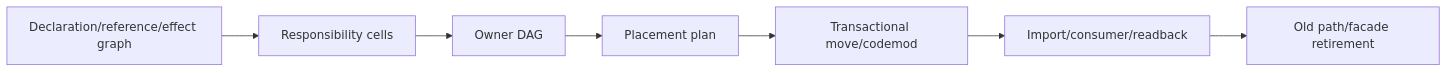
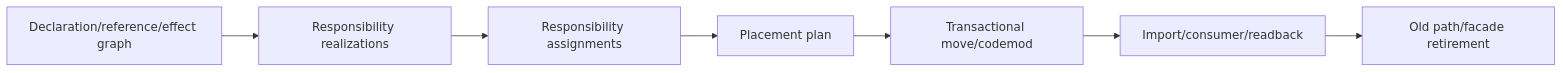
One commit to sec-platform/sec changed the third of 4 diagrams in docs/engineering-constitution/proof-and-evolution.md. Above: the diagram before and after it, drawn with Mermaid. The commit also changed other lines of this file and 37 other files, not shown here.

````diff
--- a/docs/engineering-constitution/proof-and-evolution.md
+++ b/docs/engineering-constitution/proof-and-evolution.md
@@ -128,9 +119,9 @@
 ```mermaid
 flowchart LR
-  G[Declaration/reference/effect graph] --> C[Responsibility cells]
-  C --> D[Owner DAG]
+  G[Declaration/reference/effect graph] --> C[Responsibility realizations]
+  C --> D[Responsibility assignments]
   D --> P[Placement plan]
   P --> M[Transactional move/codemod]
   M --> R[Import/consumer/readback]
   R --> X[Old path/facade retirement]
 ```
````
